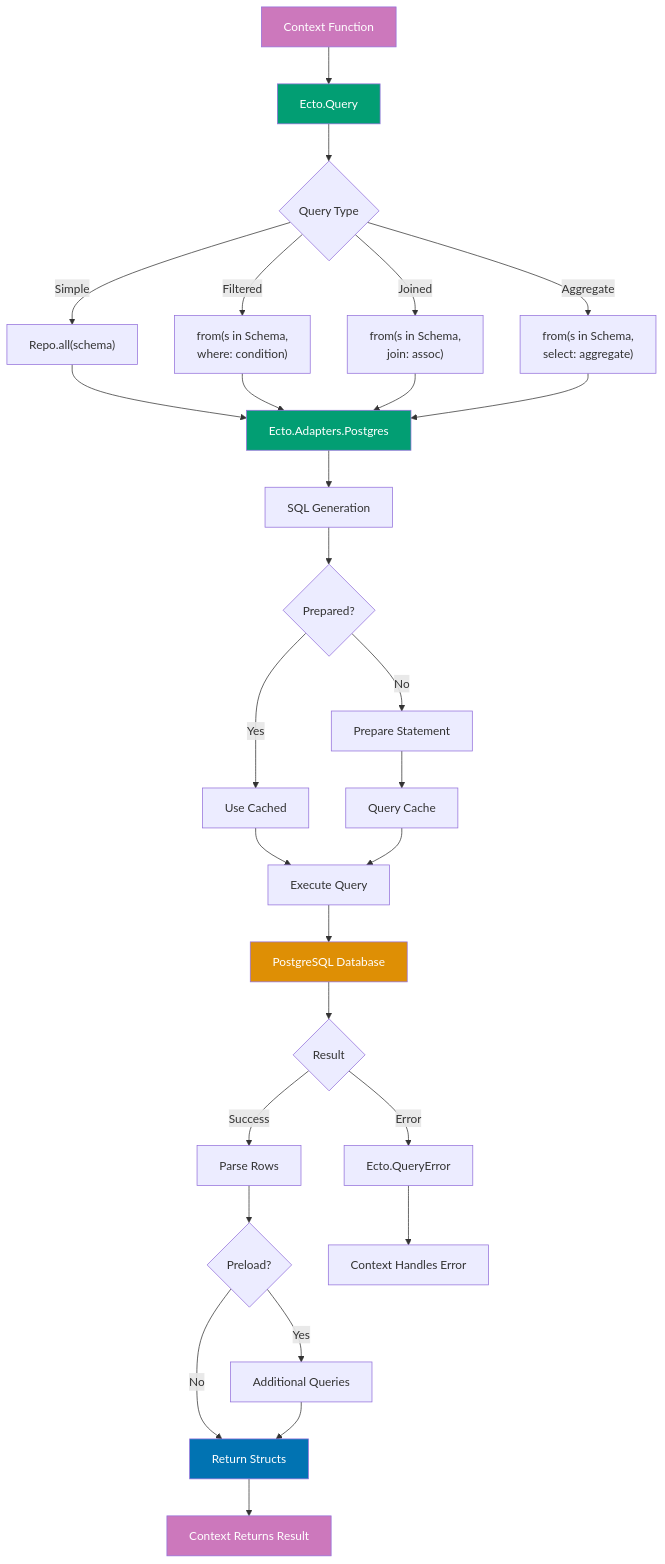
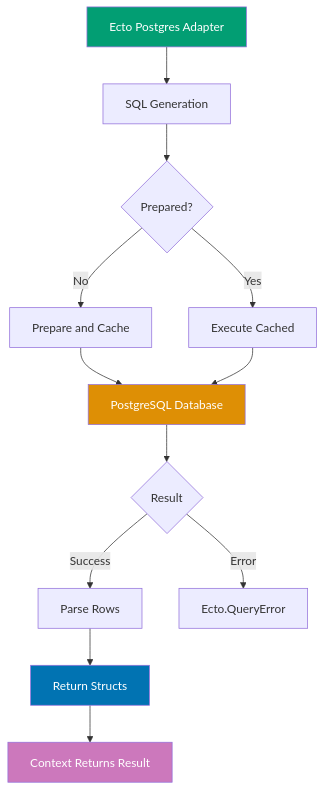
One commit to wahidyankf/ose-primer changed the second of 2 diagrams in docs/explanation/software-engineering/platform-web/tools/elixir-phoenix/data-access.md. Above: the diagram before and after it, drawn with Mermaid. The commit also changed other lines of this file and 9 other files, not shown here.

Commit message:
fix(docs): fix mermaid violations in elixir-phoenix/ docs (batch 5/10)

````diff
--- a/docs/explanation/software-engineering/platform-web/tools/elixir-phoenix/data-access.md
+++ b/docs/explanation/software-engineering/platform-web/tools/elixir-phoenix/data-access.md
@@ -548,48 +569,22 @@
 ```mermaid
 %% Color Palette: Blue #0173B2, Orange #DE8F05, Teal #029E73, Purple #CC78BC
 %% All colors are color-blind friendly and meet WCAG AA contrast standards
 
 graph TD
-    A[Context Function] --> B[Ecto.Query]
-    B --> C{Query Type}
+    A[Ecto Postgres Adapter] --> B[SQL Generation]
+    B --> C{Prepared?}
+    C -->|No| D[Prepare and Cache]
+    C -->|Yes| E[Execute Cached]
+    D --> F[PostgreSQL Database]
+    E --> F
+    F --> G{Result}
+    G -->|Success| H[Parse Rows]
+    G -->|Error| I[Ecto.QueryError]
+    H --> J[Return Structs]
+    J --> K[Context Returns Result]
 
-    C -->|Simple| D[Repo.all#40;schema#41;]
-    C -->|Filtered| E[from#40;s in Schema,<br/>where: condition#41;]
-    C -->|Joined| F[from#40;s in Schema,<br/>join: assoc#41;]
-    C -->|Aggregate| G[from#40;s in Schema,<br/>select: aggregate#41;]
-
-    D --> H[Ecto.Adapters.Postgres]
-    E --> H
-    F --> H
-    G --> H
-
-    H --> I[SQL Generation]
-    I --> J{Prepared?}
-    J -->|No| K[Prepare Statement]
-    J -->|Yes| L[Use Cached]
-    K --> M[Query Cache]
-    L --> N[Execute Query]
-    M --> N
-
-    N --> O[PostgreSQL Database]
-    O --> P{Result}
-
-    P -->|Success| Q[Parse Rows]
-    P -->|Error| R[Ecto.QueryError]
-
-    Q --> S{Preload?}
-    S -->|Yes| T[Additional Queries]
-    S -->|No| U[Return Structs]
-    T --> U
-
-    U --> V[Context Returns Result]
-    R --> W[Context Handles Error]
-
-    style A fill:#CC78BC,color:#fff
-    style B fill:#029E73,color:#fff
-    style H fill:#029E73,color:#fff
-    style O fill:#DE8F05,color:#fff
-    style U fill:#0173B2,color:#fff
-    style V fill:#CC78BC,color:#fff
-
+    style A fill:#029E73,color:#fff
+    style F fill:#DE8F05,color:#fff
+    style J fill:#0173B2,color:#fff
+    style K fill:#CC78BC,color:#fff
 ```
````
